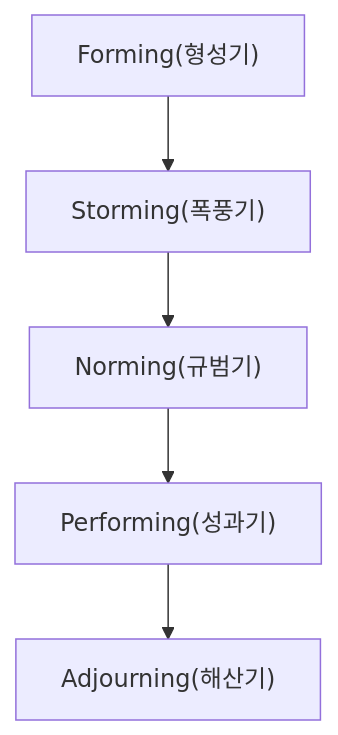
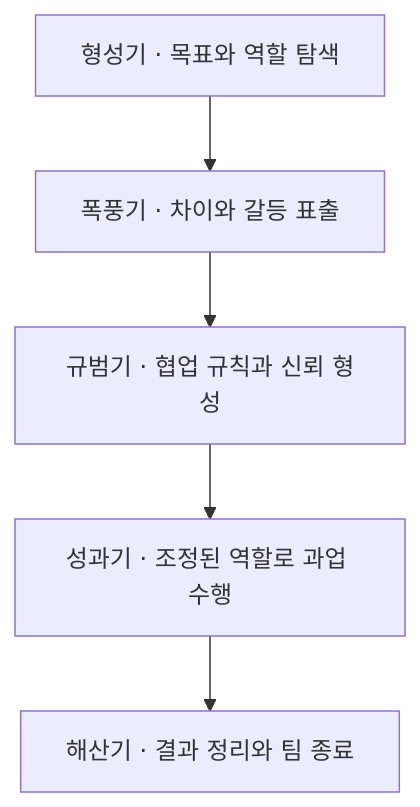
One commit to agnusdei1207/study changed the first of 2 diagrams in src/content/docs/notes/itpe/01-it-strategy/028_tuckman_team_development_model.md. Above: the diagram before and after it, drawn with Mermaid. The commit also changed other lines of this file and 4 other files, not shown here.

````diff
--- a/src/content/docs/notes/itpe/01-it-strategy/028_tuckman_team_development_model.md
+++ b/src/content/docs/notes/itpe/01-it-strategy/028_tuckman_team_development_model.md
@@ -56,7 +57,7 @@
 ```mermaid
 flowchart TD
-    A["Forming(형성기)"] --> B["Storming(폭풍기)"]
-    B --> C["Norming(규범기)"]
-    C --> D["Performing(성과기)"]
-    D --> E["Adjourning(해산기)"]
+    A["형성기 · 목표와 역할 탐색"] --> B["폭풍기 · 차이와 갈등 표출"]
+    B --> C["규범기 · 협업 규칙과 신뢰 형성"]
+    C --> D["성과기 · 조정된 역할로 과업 수행"]
+    D --> E["해산기 · 결과 정리와 팀 종료"]
 ```
````
